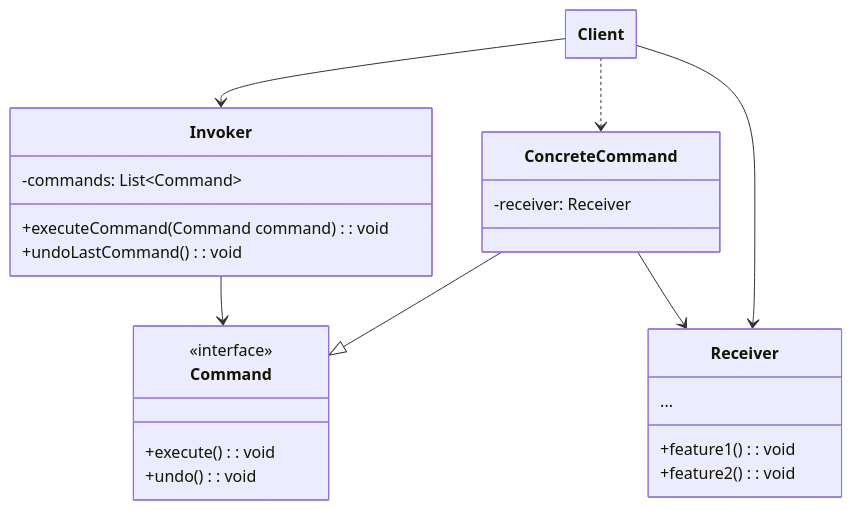
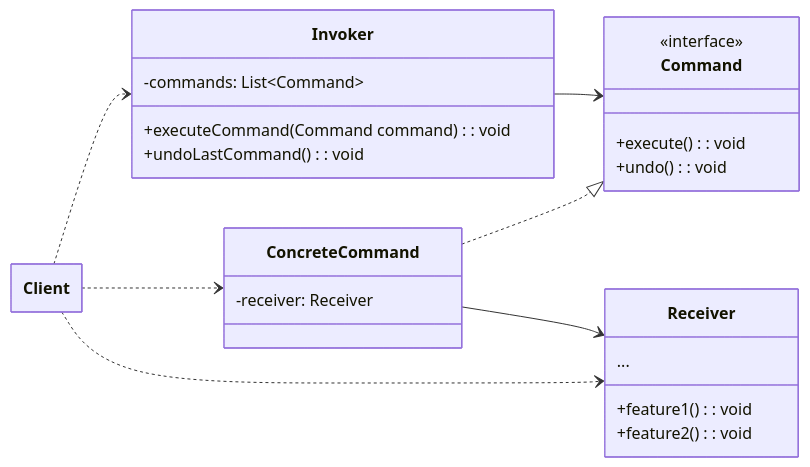
One commit to mr-alloc/alloc.io changed the diagram in docs/software-design/command-pattern.md. Above: the diagram before and after it, drawn with Mermaid. The commit also changed other lines of this file and 15 other files, not shown here.

````diff
--- a/docs/software-design/command-pattern.md
+++ b/docs/software-design/command-pattern.md
@@ -27,35 +27,36 @@
 ```mermaid
 ---
 config:
     class:
         hideEmptyMembersBox: true
 ---
 classDiagram
+    direction LR
     class Command {
         <<interface>>
         +execute(): void
         +undo(): void
     }
     class ConcreteCommand {
         -receiver: Receiver
     }    
     class Invoker {
         -commands: List~Command~
         +executeCommand(Command command): void
         +undoLastCommand(): void
     }
     class Receiver {
         ...
         +feature1(): void
         +feature2(): void
     }
     class Client {
         
     }
-    ConcreteCommand --|> Command
+    ConcreteCommand ..|> Command
+    Client ..> ConcreteCommand
+    Client ..> Receiver
+    Client ..> Invoker
     Invoker --> Command
-    Client ..> ConcreteCommand
-    Client --> Receiver
-    Client --> Invoker
     ConcreteCommand --> Receiver
 ```
````
